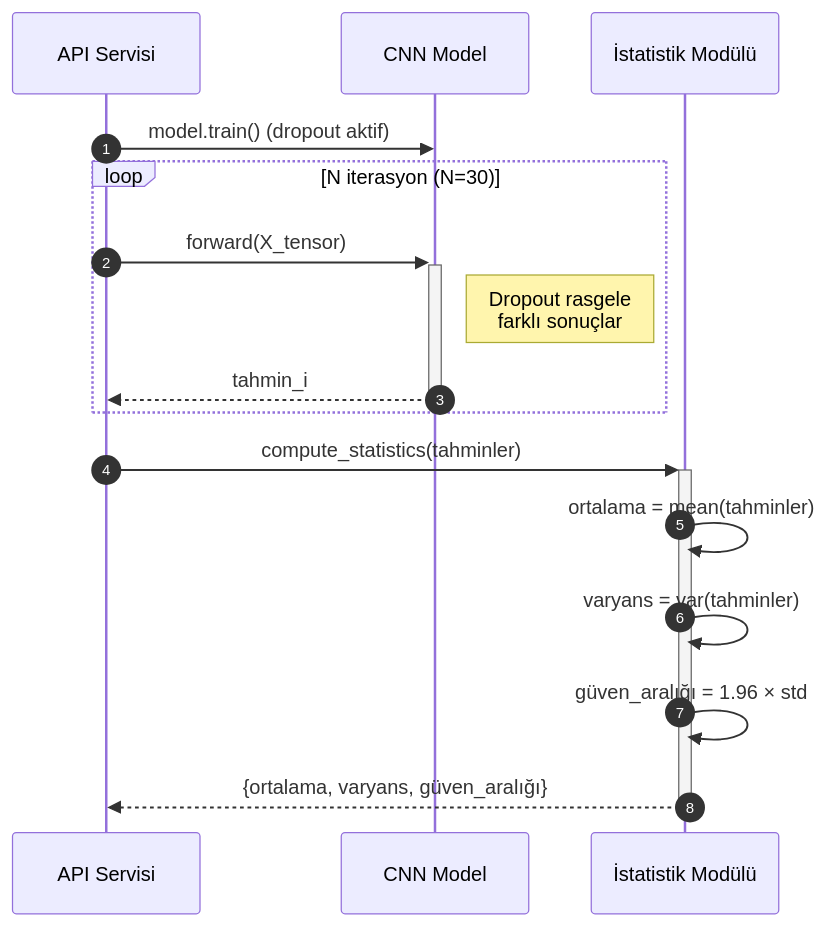
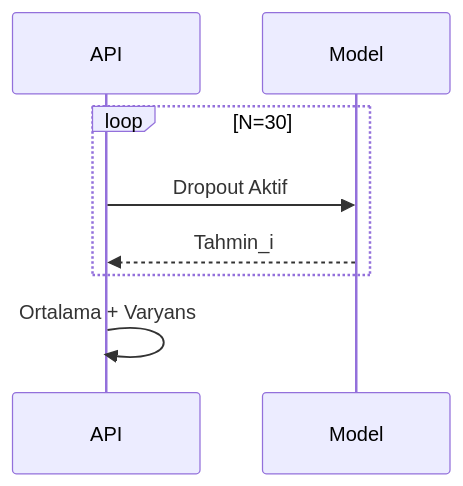
The ninth of 9 diagrams in docs/diagrams/06_sequence_diagram.md (mUsaulug/CardioGuard-AI), drawn with Mermaid before and after one commit. The commit also changed other lines of this file and 5 other files, not shown here.

````diff
--- a/docs/diagrams/06_sequence_diagram.md
+++ b/docs/diagrams/06_sequence_diagram.md
@@ -435,21 +315,12 @@
 ```mermaid
 sequenceDiagram
-    autonumber
-    participant API as API Servisi
-    participant Model as CNN Model
-    participant Stats as İstatistik Modülü
+    participant API
+    participant Model
     
-    API->>Model: model.train() (dropout aktif)
-    
-    loop N iterasyon (N=30)
-        API->>+Model: forward(X_tensor)
-        Note right of Model: Dropout rasgele<br/>farklı sonuçlar
-        Model-->>-API: tahmin_i
+    loop N=30
+        API->>Model: Dropout Aktif
+        Model-->>API: Tahmin_i
     end
     
-    API->>+Stats: compute_statistics(tahminler)
-    Stats->>Stats: ortalama = mean(tahminler)
-    Stats->>Stats: varyans = var(tahminler)
-    Stats->>Stats: güven_aralığı = 1.96 × std
-    Stats-->>-API: {ortalama, varyans, güven_aralığı}
+    API->>API: Ortalama + Varyans
 ```
````
